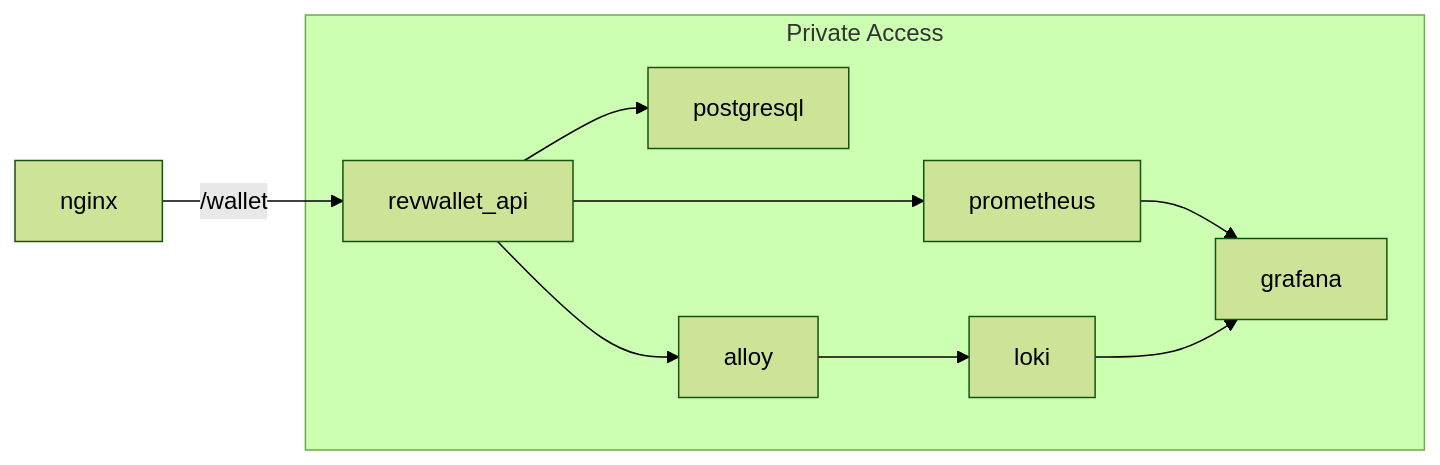
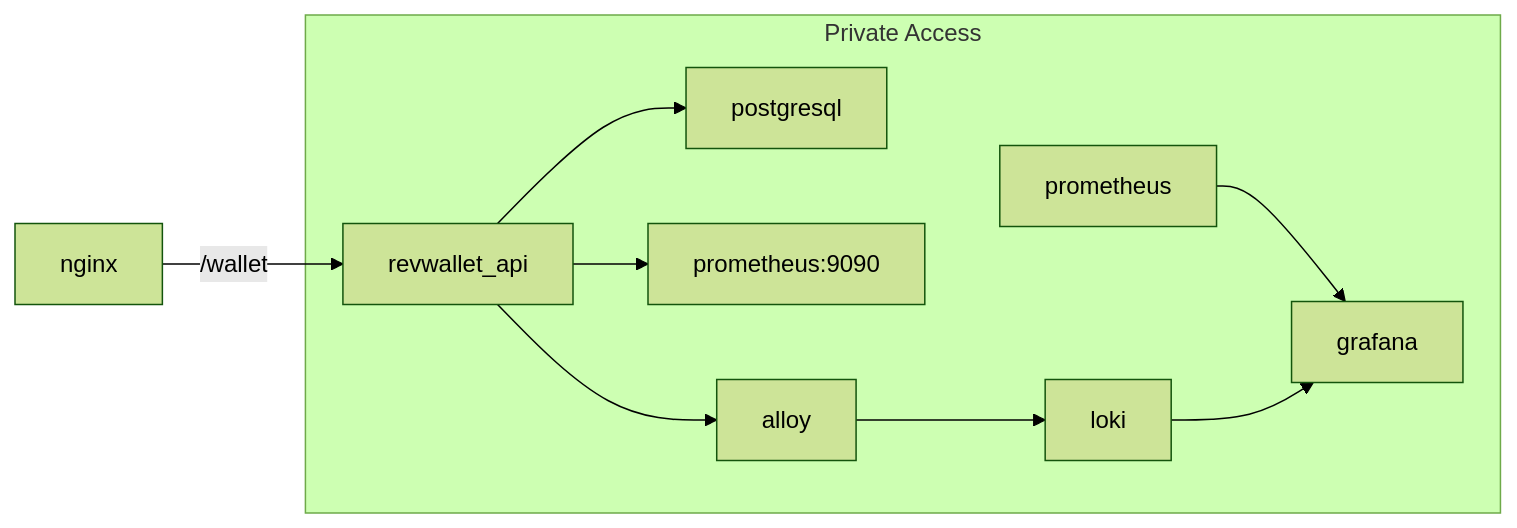
The diagram in README.md (arthurjguerra/revwallet), drawn with Mermaid (forest theme) before and after one commit.

Commit message:
feat: add arch diagram

````diff
--- a/README.md
+++ b/README.md
@@ -6,12 +6,12 @@
 ```mermaid
 flowchart LR
   nginx -- /wallet --> revwallet_api
   subgraph Private Access
-    revwallet_api-->postgresql
-    revwallet_api-->prometheus
-    revwallet_api-->alloy
-    prometheus-->grafana
-    alloy-->loki
-    loki-->grafana
+    revwallet_api --> postgresql
+    revwallet_api --> prometheus:9090
+    revwallet_api --> alloy
+    prometheus --> grafana
+    alloy --> loki
+    loki --> grafana
   end
 ```
````
